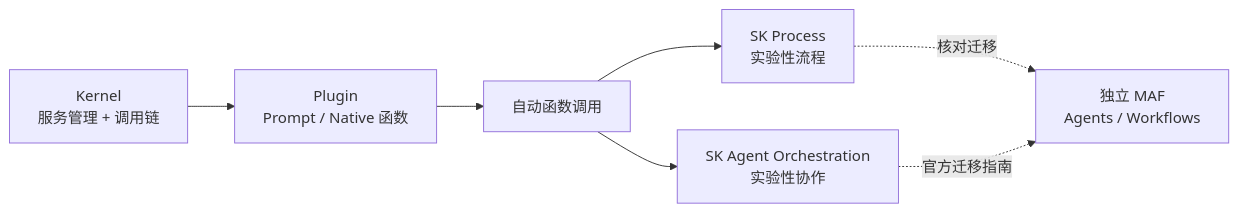
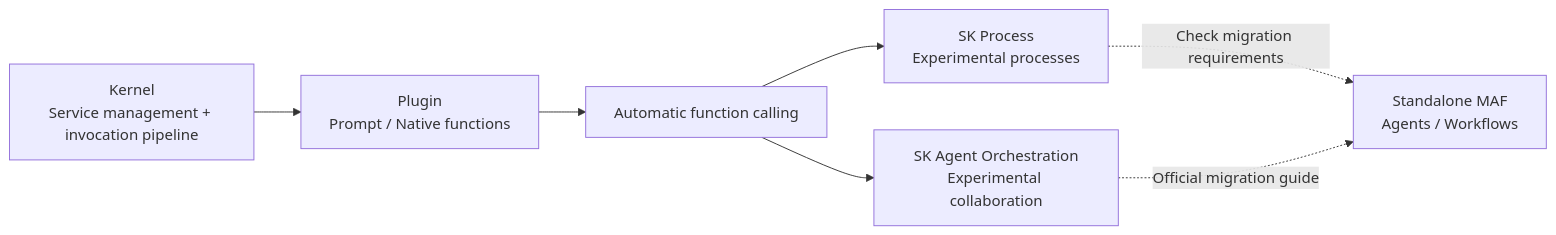
The diagram in docs/frameworks/04-semantic-kernel/README.md (oneleaveknowsthefall/awesome-ai-roadmap), drawn with Mermaid before and after one commit. The commit also changed other lines of this file and 70 other files, not shown here.

````diff
--- a/docs/frameworks/04-semantic-kernel/README.md
+++ b/docs/frameworks/04-semantic-kernel/README.md
@@ -18,9 +18,9 @@
 ```mermaid
 flowchart LR
-    K["Kernel<br/>服务管理 + 调用链"] --> P["Plugin<br/>Prompt / Native 函数"]
-    P --> PL["自动函数调用"]
-    PL --> PF["SK Process<br/>实验性流程"]
-    PL --> AF["SK Agent Orchestration<br/>实验性协作"]
-    PF -.核对迁移.-> M["独立 MAF<br/>Agents / Workflows"]
-    AF -.官方迁移指南.-> M
+    K["Kernel<br/>Service management + invocation pipeline"] --> P["Plugin<br/>Prompt / Native functions"]
+    P --> PL["Automatic function calling"]
+    PL --> PF["SK Process<br/>Experimental processes"]
+    PL --> AF["SK Agent Orchestration<br/>Experimental collaboration"]
+    PF -.Check migration requirements.-> M["Standalone MAF<br/>Agents / Workflows"]
+    AF -.Official migration guide.-> M
 ```
````
